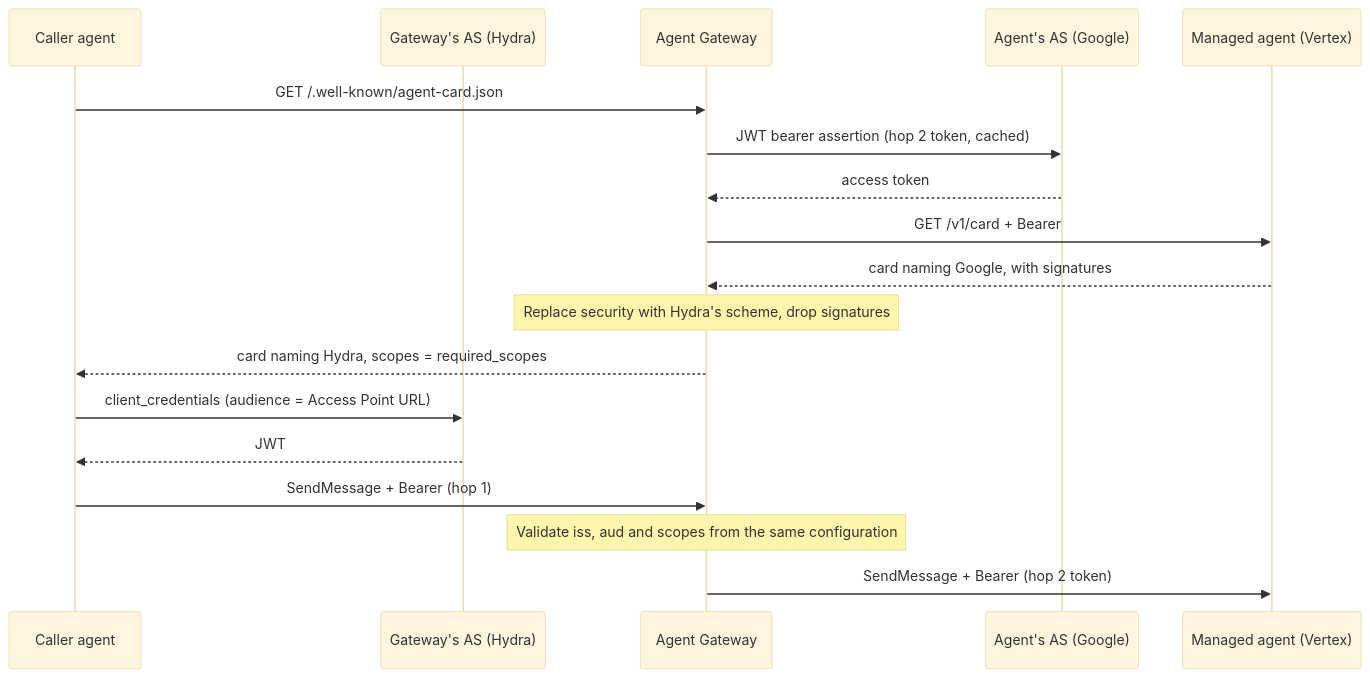
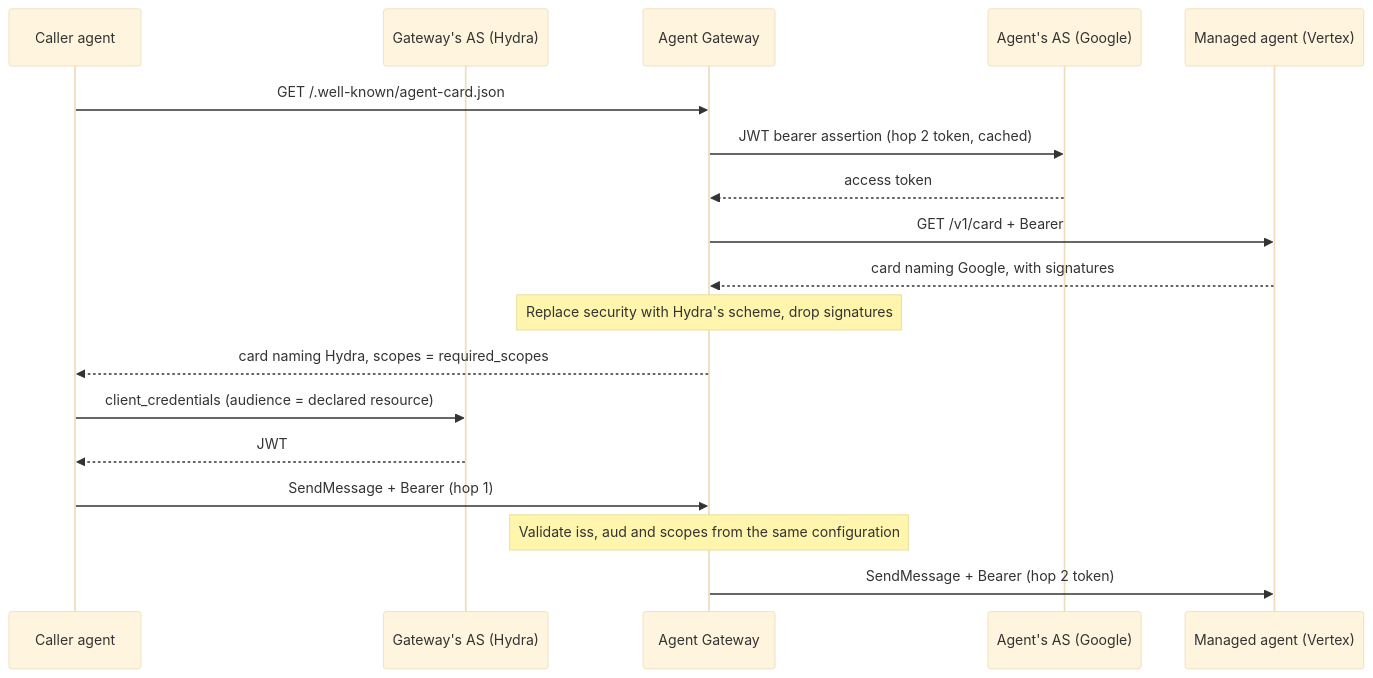
One commit to affinidi-ai/agent-gateway changed the first of 3 diagrams in docs/adrs/0001-openid-oauth-agent-gateway.md. Above: the diagram before and after it, drawn with Mermaid (base theme). The commit also changed other lines of this file and 15 other files, not shown here.

````diff
--- a/docs/adrs/0001-openid-oauth-agent-gateway.md
+++ b/docs/adrs/0001-openid-oauth-agent-gateway.md
@@ -426,20 +426,20 @@
 ```mermaid
 sequenceDiagram
     participant C as Caller agent
     participant H as Gateway's AS (Hydra)
     participant G as Agent Gateway
     participant X as Agent's AS (Google)
     participant A as Managed agent (Vertex)
     C->>G: GET /.well-known/agent-card.json
     G->>X: JWT bearer assertion (hop 2 token, cached)
     X-->>G: access token
     G->>A: GET /v1/card + Bearer
     A-->>G: card naming Google, with signatures
     Note over G: Replace security with Hydra's scheme, drop signatures
     G-->>C: card naming Hydra, scopes = required_scopes
-    C->>H: client_credentials (audience = Access Point URL)
+    C->>H: client_credentials (audience = declared resource)
     H-->>C: JWT
     C->>G: SendMessage + Bearer (hop 1)
     Note over G: Validate iss, aud and scopes from the same configuration
     G->>A: SendMessage + Bearer (hop 2 token)
 ```
````
